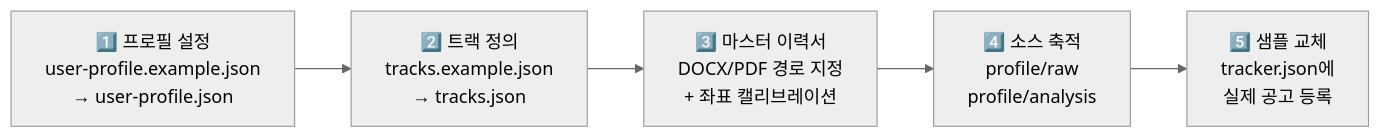
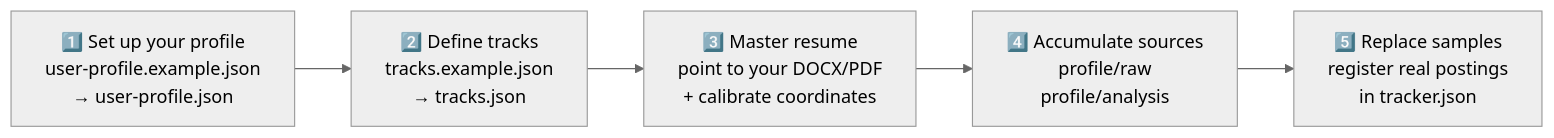
Before and after one commit to Jaeyong-seo/where-is-my-job: the second of 4 diagrams in README.md, drawn with Mermaid (neutral theme). The commit also changed other lines of this file, not shown here.

````diff
--- a/README.md
+++ b/README.md
@@ -30,9 +30,9 @@
 ```mermaid
 flowchart LR
-    S1["1️⃣ 프로필 설정<br/>user-profile.example.json<br/>→ user-profile.json"]
-    S2["2️⃣ 트랙 정의<br/>tracks.example.json<br/>→ tracks.json"]
-    S3["3️⃣ 마스터 이력서<br/>DOCX/PDF 경로 지정<br/>+ 좌표 캘리브레이션"]
-    S4["4️⃣ 소스 축적<br/>profile/raw<br/>profile/analysis"]
-    S5["5️⃣ 샘플 교체<br/>tracker.json에<br/>실제 공고 등록"]
+    S1["1️⃣ Set up your profile<br/>user-profile.example.json<br/>→ user-profile.json"]
+    S2["2️⃣ Define tracks<br/>tracks.example.json<br/>→ tracks.json"]
+    S3["3️⃣ Master resume<br/>point to your DOCX/PDF<br/>+ calibrate coordinates"]
+    S4["4️⃣ Accumulate sources<br/>profile/raw<br/>profile/analysis"]
+    S5["5️⃣ Replace samples<br/>register real postings<br/>in tracker.json"]
     S1 --> S2 --> S3 --> S4 --> S5
 ```
````
